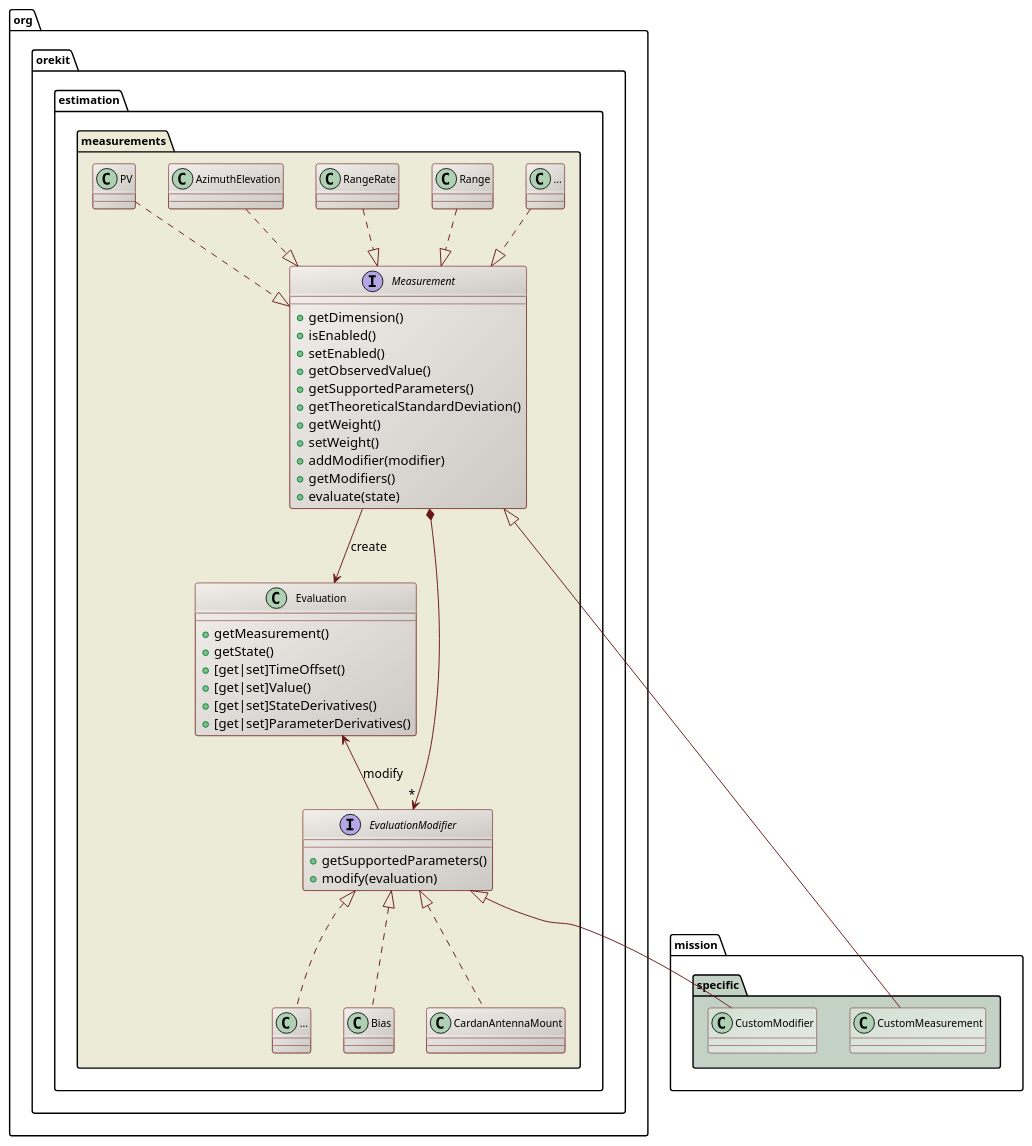
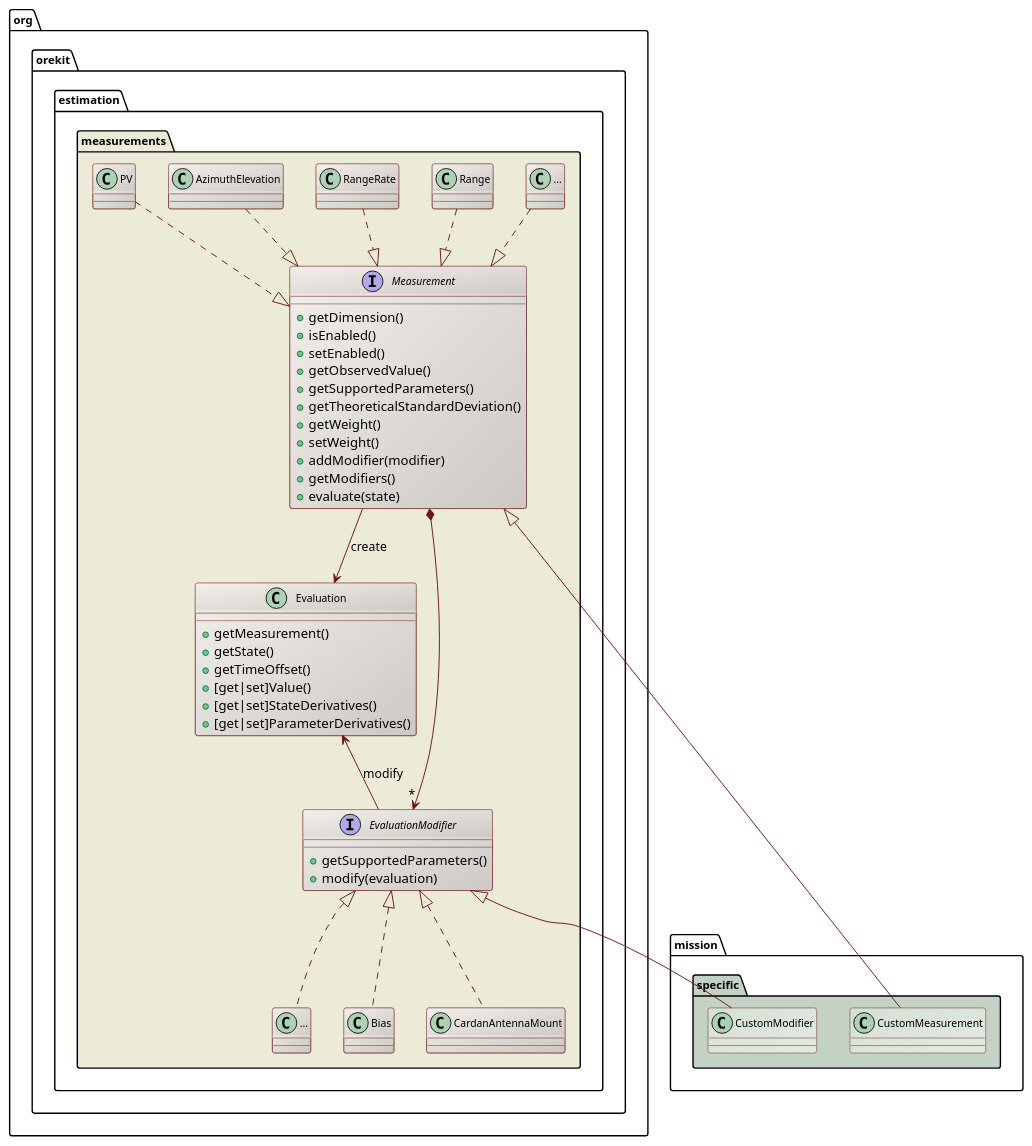
Before and after one commit to CS-SI/Orekit: the diagram in src/design/orbit-determination-measurements-class-diagram.puml, drawn with PlantUML.

Commit message:
Removed setTimeOffset.

```diff
--- a/src/design/orbit-determination-measurements-class-diagram.puml
+++ b/src/design/orbit-determination-measurements-class-diagram.puml
@@ -17,67 +17,67 @@
 @startuml
 
   skinparam svek                  true
   skinparam ClassBackgroundColor  #F3EFEB/CCC9C5
   skinparam ClassArrowColor       #691616
   skinparam ClassBorderColor      #691616
   skinparam NoteBackgroundColor   #F3EFEB
   skinparam NoteBorderColor       #691616
   skinparam NoteFontColor         #691616
   skinparam ClassFontSize         11
   skinparam PackageFontSize       12
 
   package org.orekit.estimation.measurements #ECEBD8 {
 
     interface Measurement {
       +getDimension()
       +isEnabled()
       +setEnabled()
       +getObservedValue()
       +getSupportedParameters()
       +getTheoreticalStandardDeviation()
       +getWeight()
       +setWeight()
       +addModifier(modifier)
       +getModifiers()
       +evaluate(state)
     }
     
     class Evaluation {
       +getMeasurement()
       +getState()
-      +[get|set]TimeOffset()
+      +getTimeOffset()
       +[get|set]Value()
       +[get|set]StateDerivatives()
       +[get|set]ParameterDerivatives()
     }
     
     interface EvaluationModifier {
       +getSupportedParameters()
       +modify(evaluation)
     }
     
     class "..." as OtherModifier
     
     Measurement *--> "*" EvaluationModifier
     Measurement --> Evaluation : create
     Evaluation <-- EvaluationModifier : modify
     class "..." as OtherMeasurement
     OtherMeasurement   ..|> Measurement
     Range              ..|> Measurement
     RangeRate          ..|> Measurement
     AzimuthElevation   ..|> Measurement
     PV                 ..|> Measurement
     EvaluationModifier <|.. Bias
     EvaluationModifier <|.. CardanAntennaMount
     EvaluationModifier <|.. OtherModifier
 
   }
 
   package mission.specific #C4D2C5 {
     class CustomModifier #D5E0D5/E2EBE2
     class CustomMeasurement #D5E0D5/E2EBE2
     Measurement <|-- CustomMeasurement
     EvaluationModifier <|-- CustomModifier
   }
 
 @enduml
```
